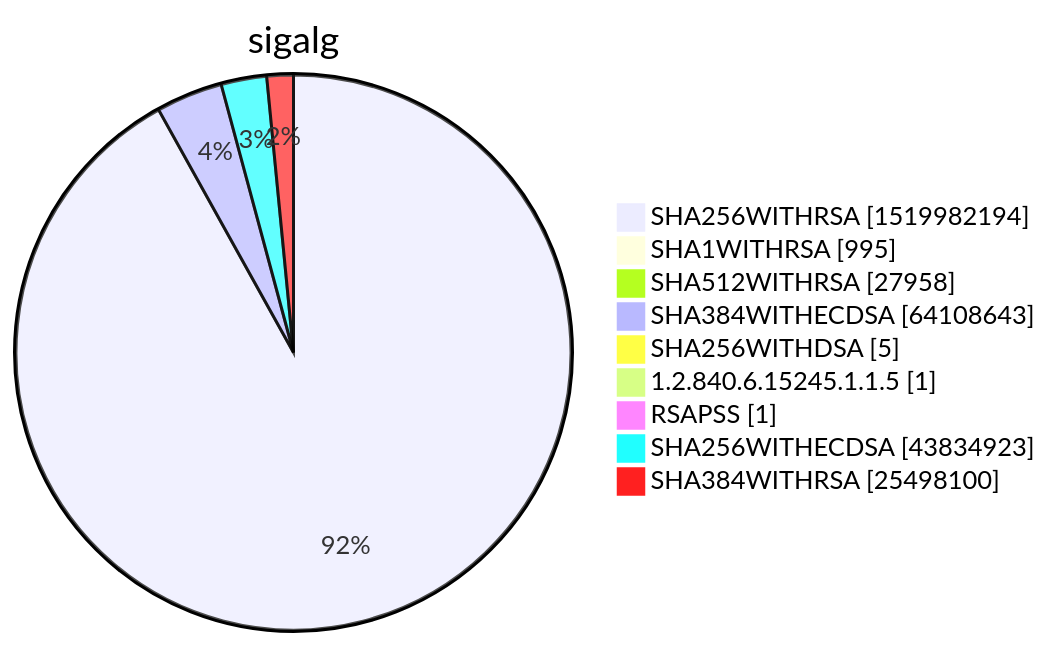
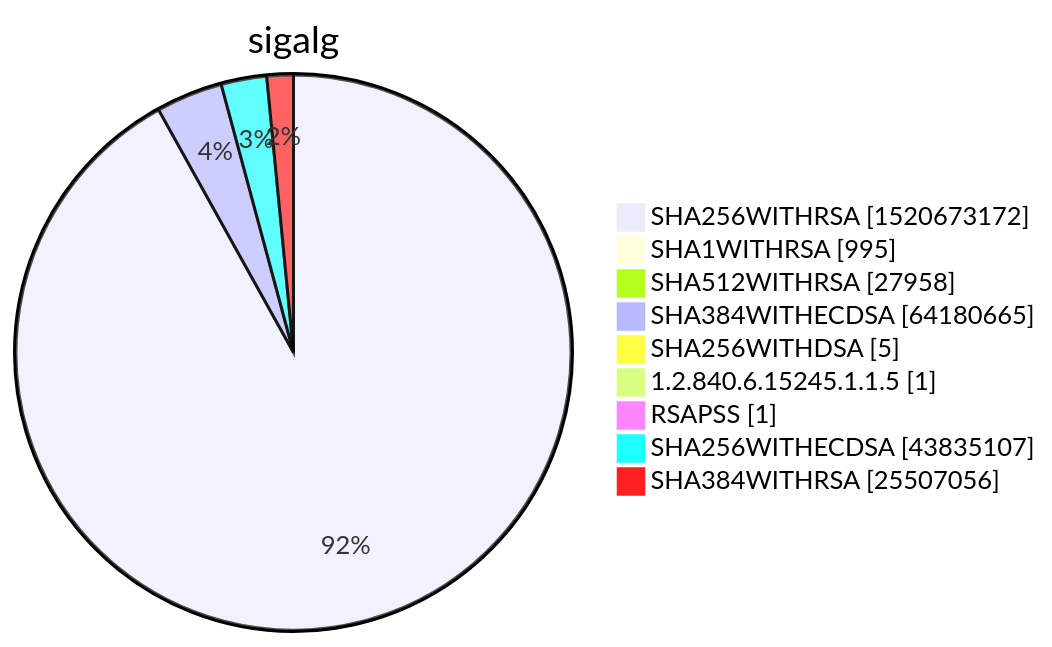
Before and after one commit to christiankrug/ctmonitor_visualization: diagram 15 of 15 in xenon2022/README.md, drawn with Mermaid. The commit also changed other lines of this file, not shown here.

````diff
--- a/xenon2022/README.md
+++ b/xenon2022/README.md
@@ -5864,13 +5865,13 @@
 ```mermaid
 pie showData
 title sigalg
-"SHA256WITHRSA" :1519982194
+"SHA256WITHRSA" :1520673172
 "SHA1WITHRSA" :995
 "SHA512WITHRSA" :27958
-"SHA384WITHECDSA" :64108643
+"SHA384WITHECDSA" :64180665
 "SHA256WITHDSA" :5
 "1.2.840.6.15245.1.1.5" :1
 "RSAPSS" :1
-"SHA256WITHECDSA" :43834923
-"SHA384WITHRSA" :25498100
+"SHA256WITHECDSA" :43835107
+"SHA384WITHRSA" :25507056
 ```
````
